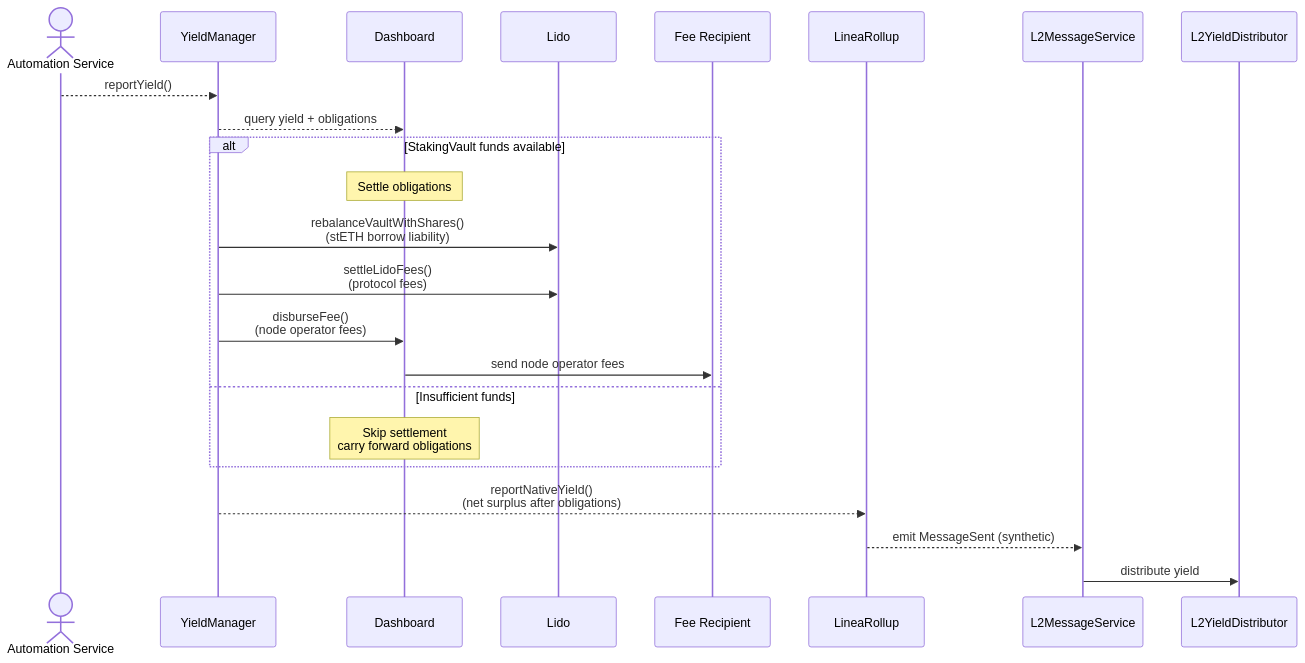
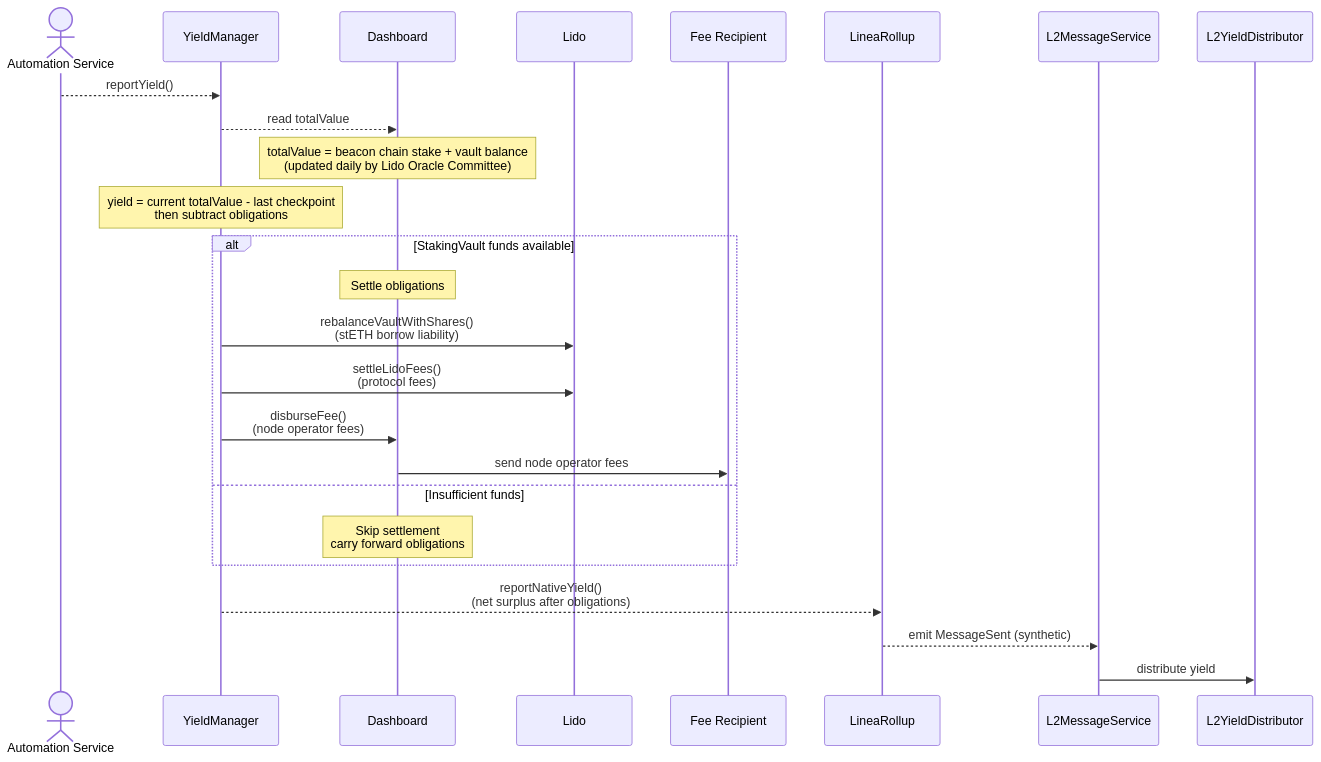
One commit to Consensys/doc.linea changed the fifth of 8 diagrams in docs/protocol/yield-boost.mdx. Above: the diagram before and after it, drawn with Mermaid.

Commit message:
docs: show yield computation source in reporting sequence diagram
Make explicit that totalValue comes from the Lido Oracle Committee
daily updates and that yield is the diff against a stored checkpoint.

````diff
--- a/docs/protocol/yield-boost.mdx
+++ b/docs/protocol/yield-boost.mdx
@@ -189,28 +189,30 @@
 ```mermaid
 sequenceDiagram
     actor Auto as Automation Service
     participant YM as YieldManager
     participant DB as Dashboard
     participant Lido as Lido
     participant Fee as Fee Recipient
     participant LR as LineaRollup
     participant L2MS as L2MessageService
     participant L2YD as L2YieldDistributor
 
     Auto-->>YM: reportYield()
-    YM-->>DB: query yield + obligations
+    YM-->>DB: read totalValue
+    Note over DB: totalValue = beacon chain stake + vault balance<br/>(updated daily by Lido Oracle Committee)
+    Note over YM: yield = current totalValue - last checkpoint<br/>then subtract obligations
 
     alt StakingVault funds available
         Note over DB: Settle obligations
         YM->>Lido: rebalanceVaultWithShares()<br/>(stETH borrow liability)
         YM->>Lido: settleLidoFees()<br/>(protocol fees)
         YM->>DB: disburseFee()<br/>(node operator fees)
         DB->>Fee: send node operator fees
     else Insufficient funds
         Note over DB: Skip settlement<br/>carry forward obligations
     end
 
     YM-->>LR: reportNativeYield()<br/>(net surplus after obligations)
     LR-->>L2MS: emit MessageSent (synthetic)
     L2MS->>L2YD: distribute yield
 ```
````
